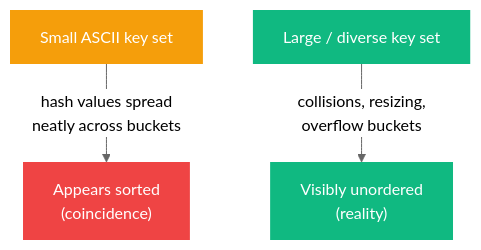
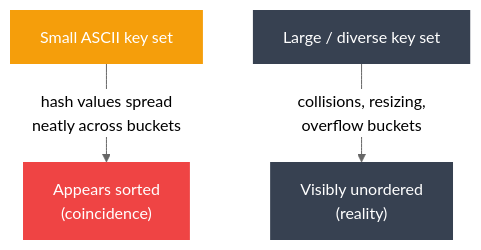
One commit to ashwingopalsamy/site changed the second of 2 diagrams in content/writing/notes/go-maps-iteration-order.md. Above: the diagram before and after it, drawn with Mermaid (neutral theme). The commit also changed other lines of this file and 26 other files, not shown here.

```diff
--- a/content/writing/notes/go-maps-iteration-order.md
+++ b/content/writing/notes/go-maps-iteration-order.md
@@ -91,11 +91,11 @@
 {{< mermaid >}}
 graph TD
     S["Small ASCII key set"]
     L["Large / diverse key set"]
     S --> |"hash values spread<br/>neatly across buckets"| O1["Appears sorted<br/>(coincidence)"]
     L --> |"collisions, resizing,<br/>overflow buckets"| O2["Visibly unordered<br/>(reality)"]
     style S fill:#f59e0b,color:#fff,stroke:none
-    style L fill:#10b981,color:#fff,stroke:none
+    style L fill:#374151,color:#fff,stroke:none
     style O1 fill:#ef4444,color:#fff,stroke:none
-    style O2 fill:#10b981,color:#fff,stroke:none
+    style O2 fill:#374151,color:#fff,stroke:none
 {{< /mermaid >}}
```
